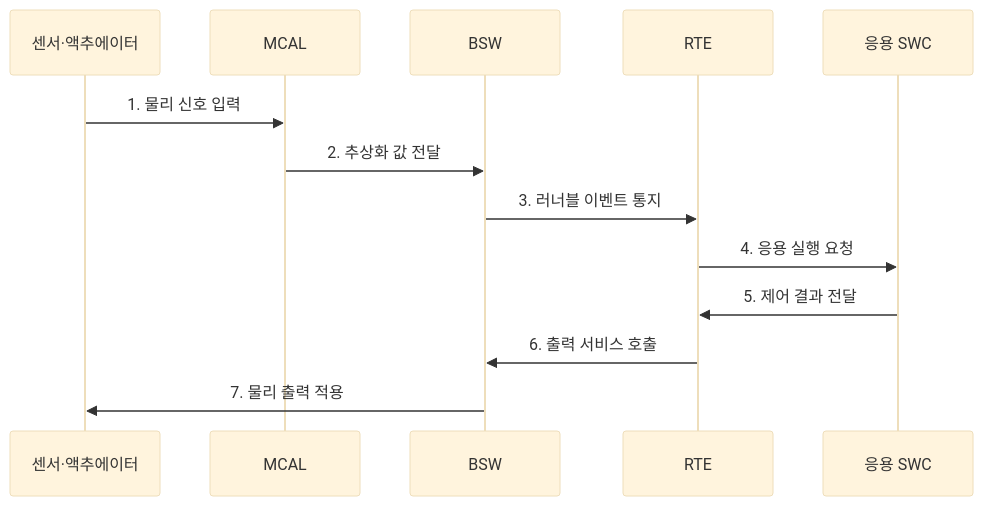
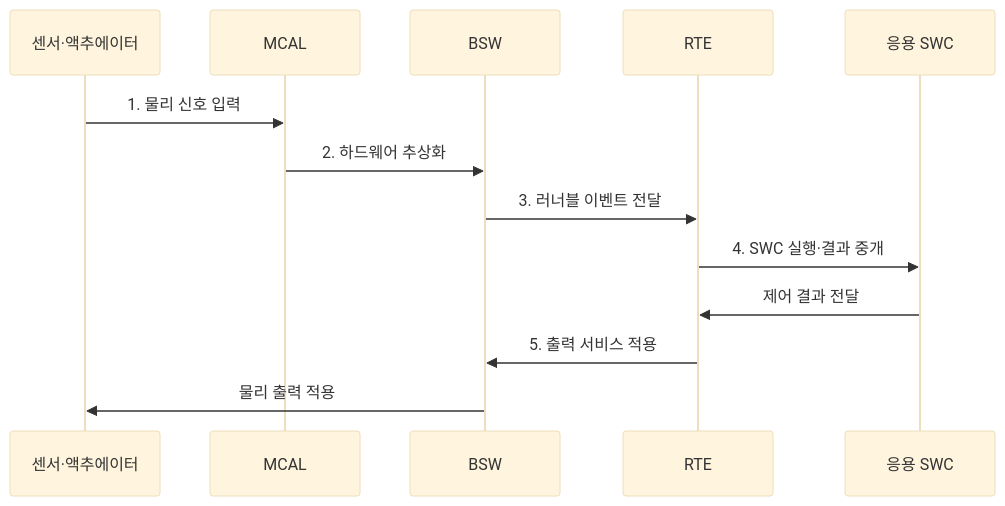
One commit to agnusdei1207/knowledge-base changed the second of 2 diagrams in src/content/docs/notes/02-hardware/067_autosar.md. Above: the diagram before and after it, drawn with Mermaid (base theme). The commit also changed other lines of this file and 86 other files, not shown here.

````diff
--- a/src/content/docs/notes/02-hardware/067_autosar.md
+++ b/src/content/docs/notes/02-hardware/067_autosar.md
@@ -85,16 +85,16 @@
 ```mermaid
 sequenceDiagram
     participant D as 센서·액추에이터
     participant M as MCAL
     participant B as BSW
     participant R as RTE
     participant W as 응용 SWC
 
     D->>M: 1. 물리 신호 입력
-    M->>B: 2. 추상화 값 전달
-    B->>R: 3. 러너블 이벤트 통지
-    R->>W: 4. 응용 실행 요청
-    W->>R: 5. 제어 결과 전달
-    R->>B: 6. 출력 서비스 호출
-    B->>D: 7. 물리 출력 적용
+    M->>B: 2. 하드웨어 추상화
+    B->>R: 3. 러너블 이벤트 전달
+    R->>W: 4. SWC 실행·결과 중개
+    W->>R: 제어 결과 전달
+    R->>B: 5. 출력 서비스 적용
+    B->>D: 물리 출력 적용
 ```
````
